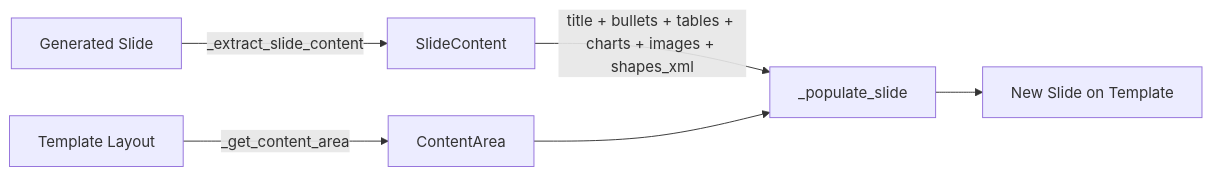
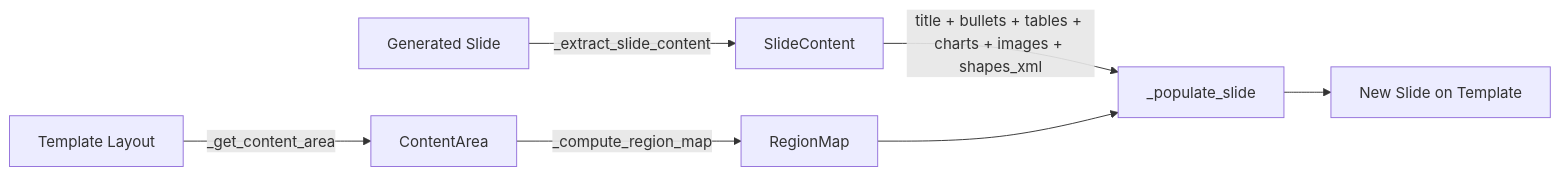
The first of 2 diagrams in cookbook/90_models/anthropic/skills/powerpoint_workflow_demo/ARCHITECTURE_powerpoint_template_workflow.md (agno-agi/agno), drawn with Mermaid before and after one commit. The commit also changed other lines of this file and 7 other files, not shown here.

````diff
--- a/cookbook/90_models/anthropic/skills/powerpoint_workflow_demo/ARCHITECTURE_powerpoint_template_workflow.md
+++ b/cookbook/90_models/anthropic/skills/powerpoint_workflow_demo/ARCHITECTURE_powerpoint_template_workflow.md
@@ -238,8 +202,9 @@
 ```mermaid
 flowchart LR
     GS[Generated Slide] -->|_extract_slide_content| SC[SlideContent]
     SC -->|title + bullets + tables + charts + images + shapes_xml| PS[_populate_slide]
     TL[Template Layout] -->|_get_content_area| CA[ContentArea]
-    CA --> PS
+    CA -->|_compute_region_map| RM[RegionMap]
+    RM --> PS
     PS --> NS[New Slide on Template]
 ```
````
